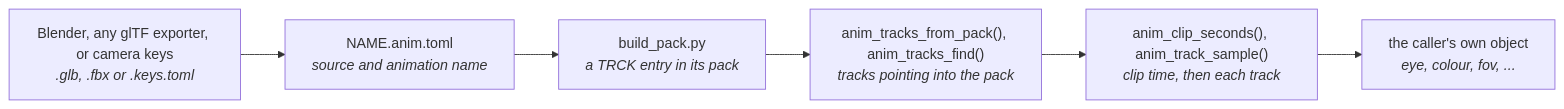
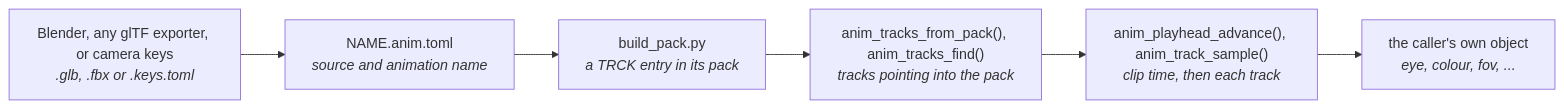
The diagram in docs/Animation-Tracks.md (jose-villegas/autana), drawn with Mermaid before and after one commit. The commit also changed other lines of this file and 18 other files, not shown here.

First line of the commit message:
anim: the playhead owns clip time; anim_clip_seconds goes (u7ok) (#879)

````diff
--- a/docs/Animation-Tracks.md
+++ b/docs/Animation-Tracks.md
@@ -14,8 +14,8 @@
 ```mermaid
 flowchart LR
     Author["Blender, any glTF exporter, or camera keys<br/><i>.glb, .fbx or .keys.toml</i>"] --> Anim["NAME.anim.toml<br/><i>source and animation name</i>"]
     Anim --> Pack["build_pack.py<br/><i>a TRCK entry in its pack</i>"]
     Pack --> Open["anim_tracks_from_pack(), anim_tracks_find()<br/><i>tracks pointing into the pack</i>"]
-    Open --> Sample["anim_clip_seconds(), anim_track_sample()<br/><i>clip time, then each track</i>"]
+    Open --> Sample["anim_playhead_advance(), anim_track_sample()<br/><i>clip time, then each track</i>"]
     Sample --> Caller["the caller's own object<br/><i>eye, colour, fov, ...</i>"]
 ```
````
